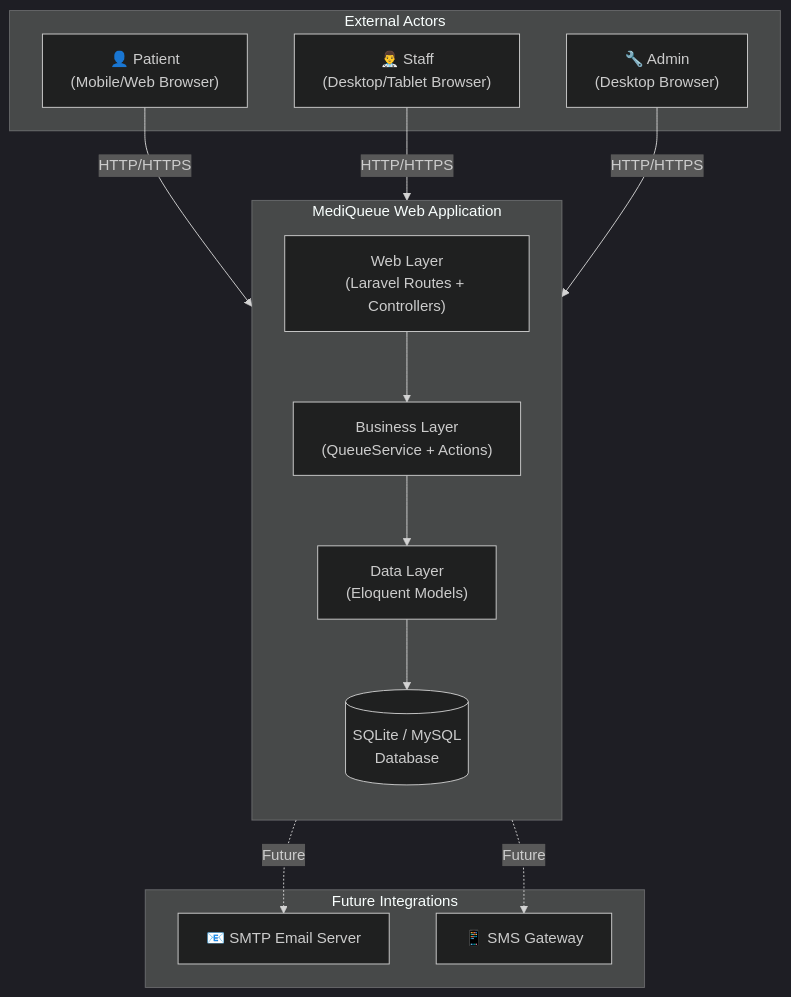
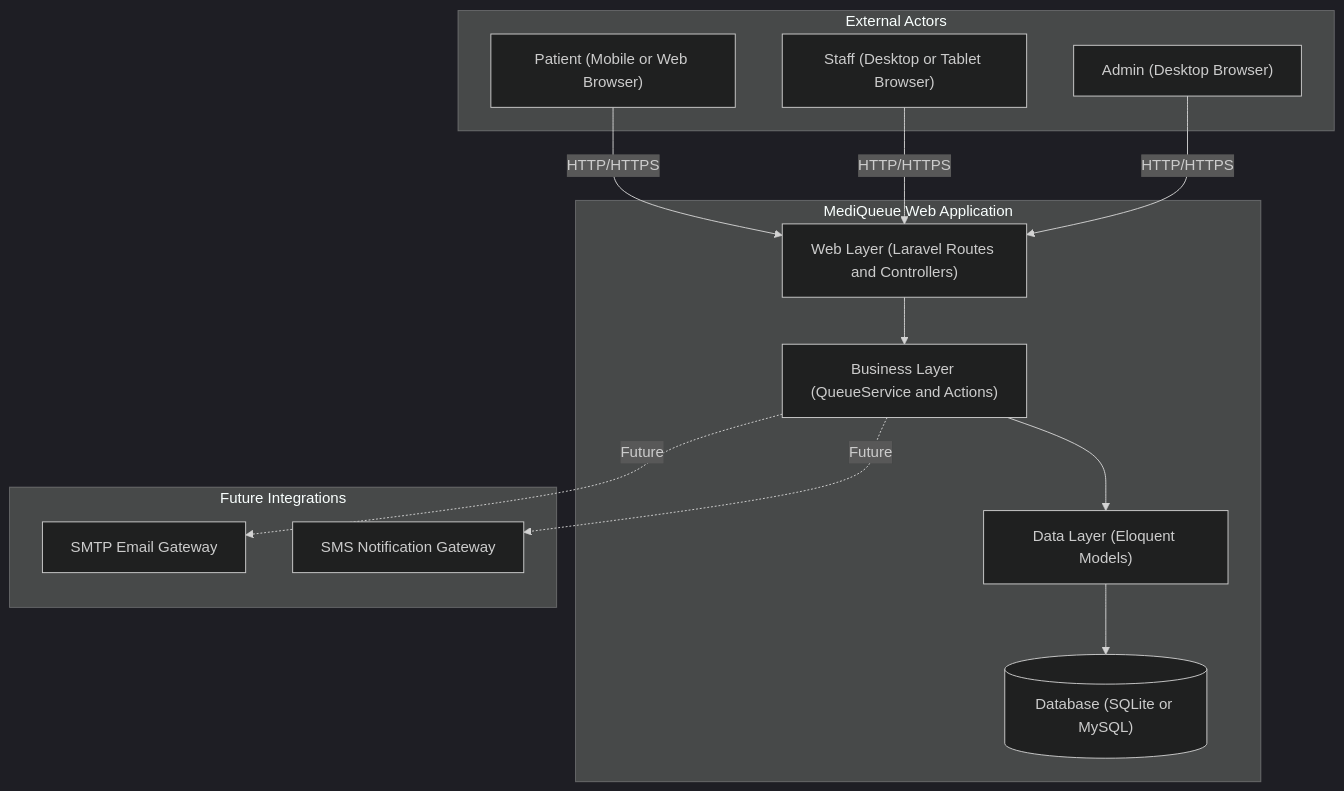
The first of 7 diagrams in docs/system-design.md (mhiskall282/MediQueue), drawn with Mermaid (dark theme) before and after one commit. The commit also changed other lines of this file and 1 other file, not shown here.

Commit message:
docs: clean and standardize Mermaid diagrams; add comprehensive SmokeTest across all roles

````diff
--- a/docs/system-design.md
+++ b/docs/system-design.md
@@ -19,30 +18,29 @@
 ```mermaid
-graph TB
+flowchart TB
     subgraph External["External Actors"]
-        P["👤 Patient\n(Mobile/Web Browser)"]
-        S["👨‍⚕️ Staff\n(Desktop/Tablet Browser)"]
-        A["🔧 Admin\n(Desktop Browser)"]
+        P["Patient (Mobile or Web Browser)"]
+        S["Staff (Desktop or Tablet Browser)"]
+        A["Admin (Desktop Browser)"]
     end
 
     subgraph MediQueue["MediQueue Web Application"]
-        direction TB
-        WEB["Web Layer\n(Laravel Routes + Controllers)"]
-        BIZ["Business Layer\n(QueueService + Actions)"]
-        DATA["Data Layer\n(Eloquent Models)"]
-        DB[("SQLite / MySQL\nDatabase")]
+        WEB["Web Layer (Laravel Routes and Controllers)"]
+        BIZ["Business Layer (QueueService and Actions)"]
+        DATA["Data Layer (Eloquent Models)"]
+        DB[("Database (SQLite or MySQL)")]
     end
 
     subgraph Future["Future Integrations"]
-        SMTP["📧 SMTP Email Server"]
-        SMS["📱 SMS Gateway"]
+        SMTP["SMTP Email Gateway"]
+        SMS["SMS Notification Gateway"]
     end
 
-    P -- "HTTP/HTTPS" --> WEB
-    S -- "HTTP/HTTPS" --> WEB
-    A -- "HTTP/HTTPS" --> WEB
+    P -->|HTTP/HTTPS| WEB
+    S -->|HTTP/HTTPS| WEB
+    A -->|HTTP/HTTPS| WEB
     WEB --> BIZ
     BIZ --> DATA
     DATA --> DB
-    BIZ -.->|"Future"| SMTP
-    BIZ -.->|"Future"| SMS
+    BIZ -.->|Future| SMTP
+    BIZ -.->|Future| SMS
 ```
````
